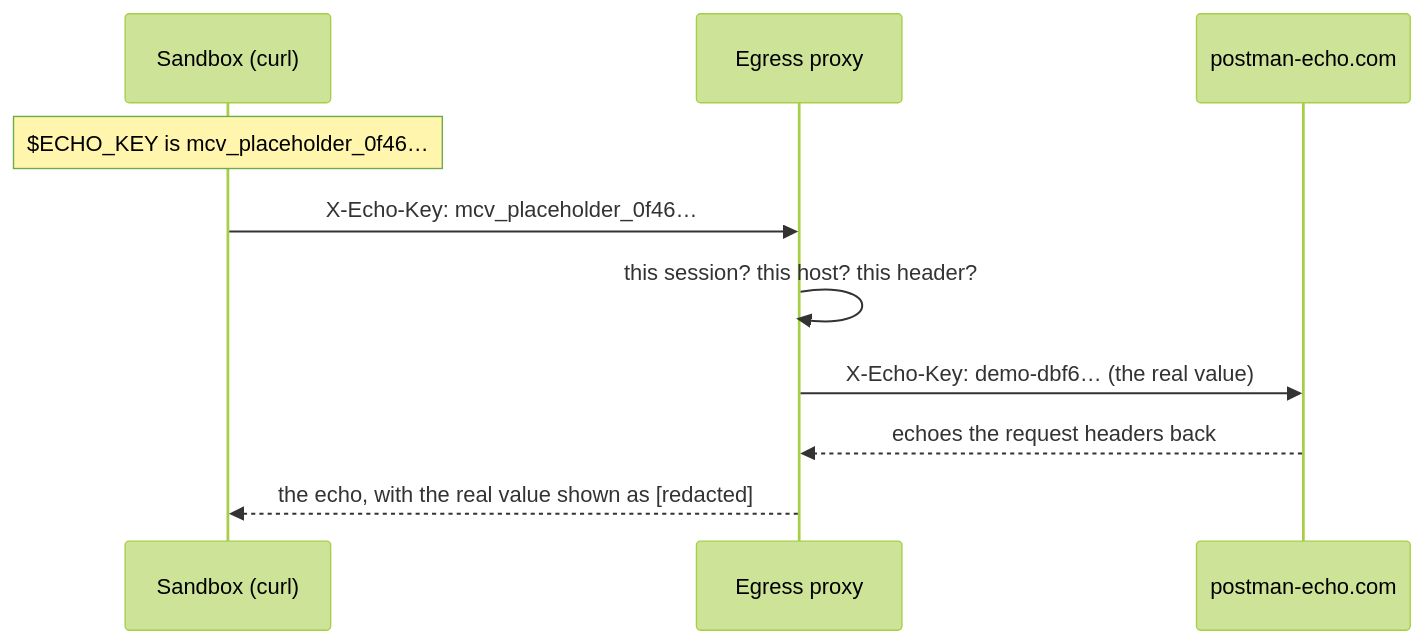
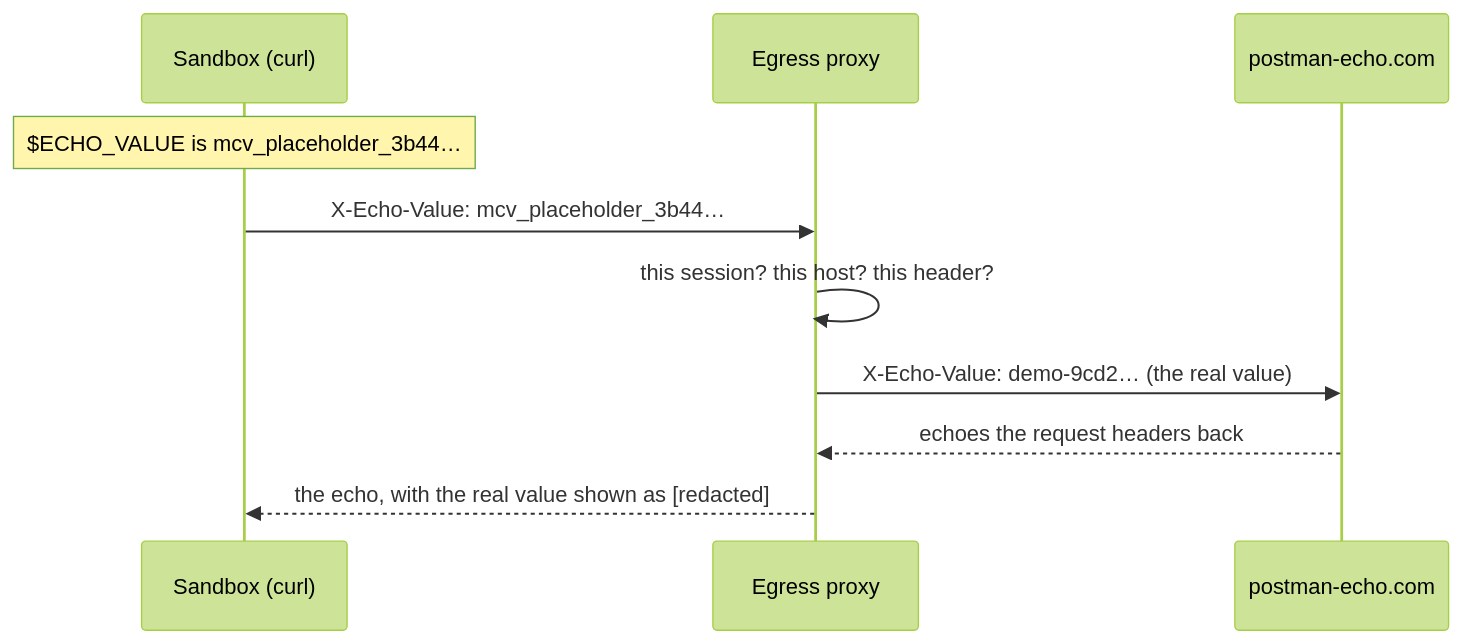
Before and after one commit to patniko/managed-copilot-sdk: the third of 3 diagrams in docs/concepts/network-and-secrets.md, drawn with Mermaid (forest theme). The commit also changed 10 other files, not shown here.

````diff
--- a/docs/concepts/network-and-secrets.md
+++ b/docs/concepts/network-and-secrets.md
@@ -60,12 +60,12 @@
 ```mermaid
 sequenceDiagram
   participant S as Sandbox (curl)
   participant P as Egress proxy
   participant U as postman-echo.com
-  Note over S: $ECHO_KEY is mcv_placeholder_0f46…
-  S->>P: X-Echo-Key: mcv_placeholder_0f46…
+  Note over S: $ECHO_VALUE is mcv_placeholder_3b44…
+  S->>P: X-Echo-Value: mcv_placeholder_3b44…
   P->>P: this session? this host? this header?
-  P->>U: X-Echo-Key: demo-dbf6… (the real value)
+  P->>U: X-Echo-Value: demo-9cd2… (the real value)
   U-->>P: echoes the request headers back
   P-->>S: the echo, with the real value shown as [redacted]
 ```
````
